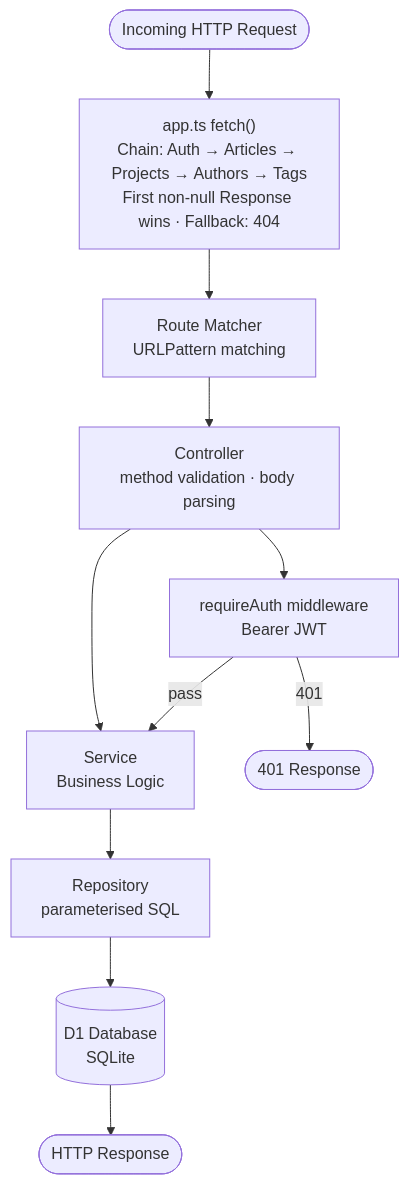
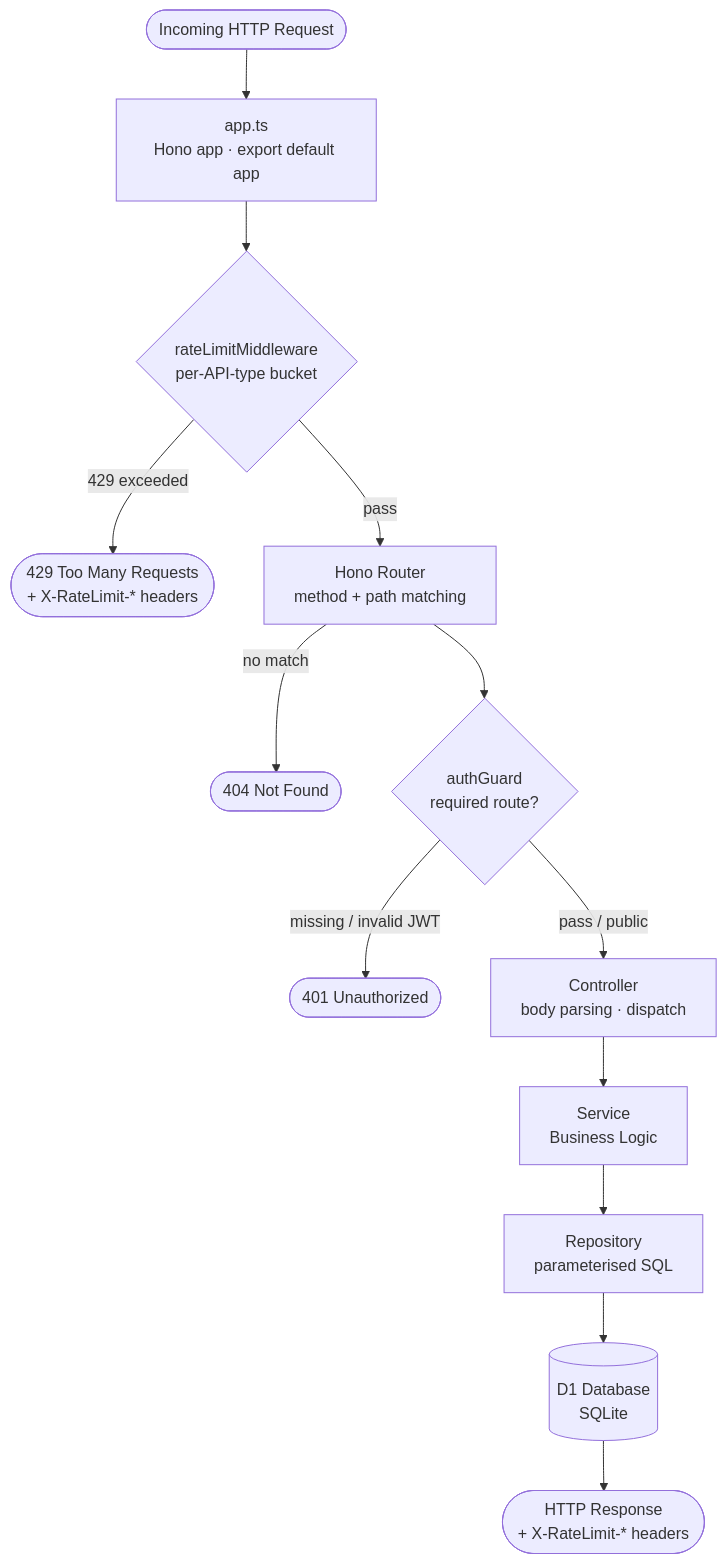
The second of 9 diagrams in doc/ARCHITECTURE.md (pphatdev/api.pphat.me), drawn with Mermaid before and after one commit. The commit also changed other lines of this file and 12 other files, not shown here.

Commit message:
feat: update version to 0.8.3, implement per-API-type rate limiting, and enhance architecture documentation

````diff
--- a/doc/ARCHITECTURE.md
+++ b/doc/ARCHITECTURE.md
@@ -28,13 +29,15 @@
 ```mermaid
 flowchart TD
-    Req([Incoming HTTP Request]) --> Fetch["app.ts fetch()\nChain: Auth → Articles → Projects → Authors → Tags\nFirst non-null Response wins · Fallback: 404"]
-    Fetch --> Route[Route Matcher\nURLPattern matching]
-    Route --> Controller[Controller\nmethod validation · body parsing]
-    Controller --> Auth[requireAuth middleware\nBearer JWT]
+    Req([Incoming HTTP Request]) --> Fetch["app.ts\nHono app · export default app"]
+    Fetch --> RL{rateLimitMiddleware\nper-API-type bucket}
+    RL -->|429 exceeded| ErrRL([429 Too Many Requests\n+ X-RateLimit-* headers])
+    RL -->|pass| Route[Hono Router\nmethod + path matching]
+    Route -->|no match| R404([404 Not Found])
+    Route --> Guard{authGuard\nrequired route?}
+    Guard -->|missing / invalid JWT| R401([401 Unauthorized])
+    Guard -->|pass / public| Controller[Controller\nbody parsing · dispatch]
     Controller --> Svc[Service\nBusiness Logic]
-    Auth -->|401| ErrResp([401 Response])
-    Auth -->|pass| Svc
     Svc --> Repo[Repository\nparameterised SQL]
     Repo --> D1[(D1 Database\nSQLite)]
-    D1 --> Resp([HTTP Response])
+    D1 --> Resp([HTTP Response\n+ X-RateLimit-* headers])
 ```
````
